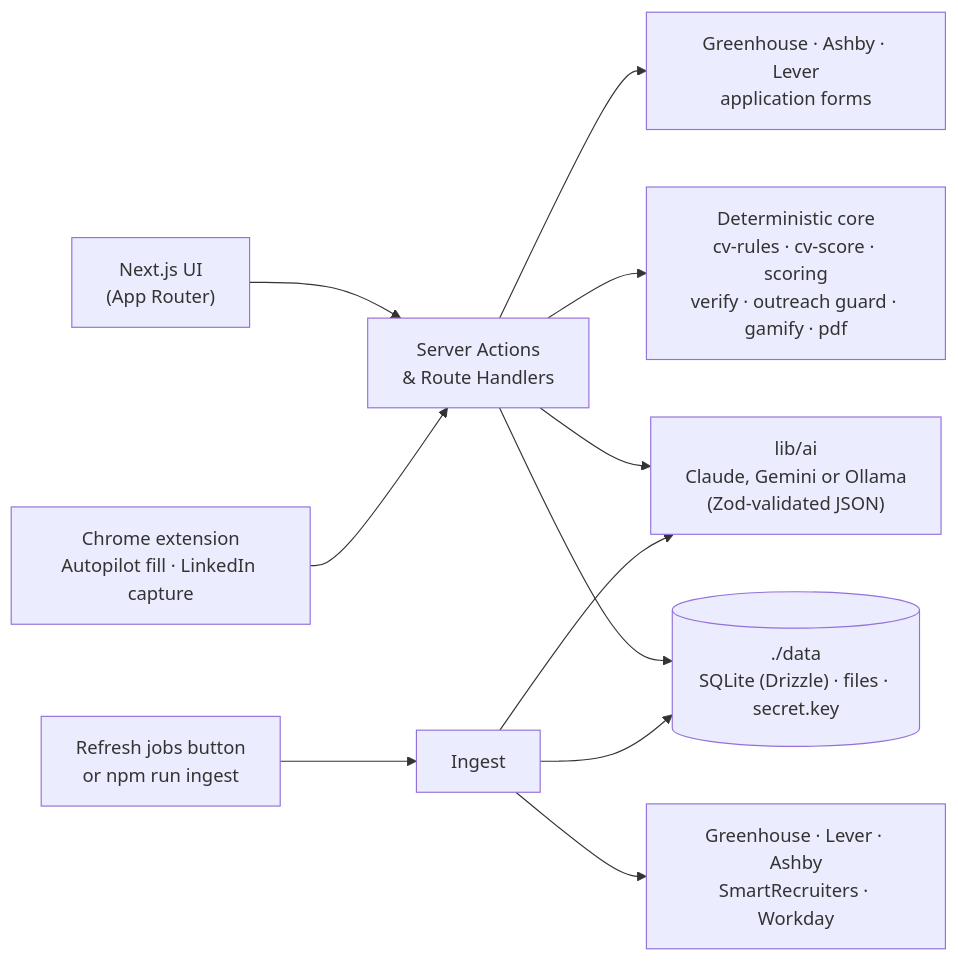
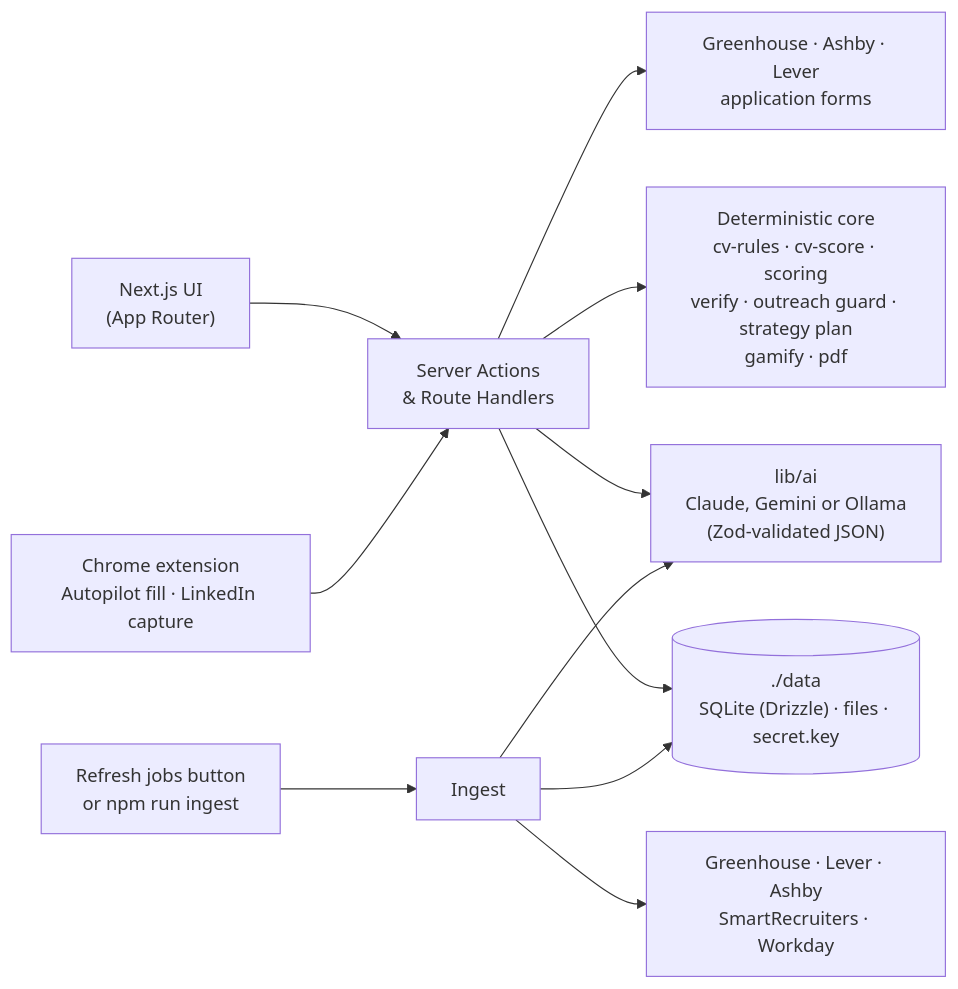
The diagram in README.md (berkeaskim/placed), drawn with Mermaid before and after one commit. The commit also changed other lines of this file, not shown here.

Commit message:
docs(readme): cover the Strategy tab, tracker redesign and university setting

````diff
--- a/README.md
+++ b/README.md
@@ -151,13 +162,13 @@
 ```mermaid
 flowchart LR
     UI["Next.js UI<br/>(App Router)"] --> SA["Server Actions<br/>& Route Handlers"]
     EXT["Chrome extension<br/>Autopilot fill · LinkedIn capture"] --> SA
     SA --> DB[("./data<br/>SQLite (Drizzle) · files · secret.key")]
     SA --> AI["lib/ai<br/>Claude, Gemini or Ollama<br/>(Zod-validated JSON)"]
-    SA --> DET["Deterministic core<br/>cv-rules · cv-score · scoring<br/>verify · outreach guard · gamify · pdf"]
+    SA --> DET["Deterministic core<br/>cv-rules · cv-score · scoring<br/>verify · outreach guard · strategy plan<br/>gamify · pdf"]
     SA --> FORMS["Greenhouse · Ashby · Lever<br/>application forms"]
     BTN["Refresh jobs button<br/>or npm run ingest"] --> ING["Ingest"]
     ING --> ATS["Greenhouse · Lever · Ashby<br/>SmartRecruiters · Workday"]
     ING --> AI
     ING --> DB
 ```
````
